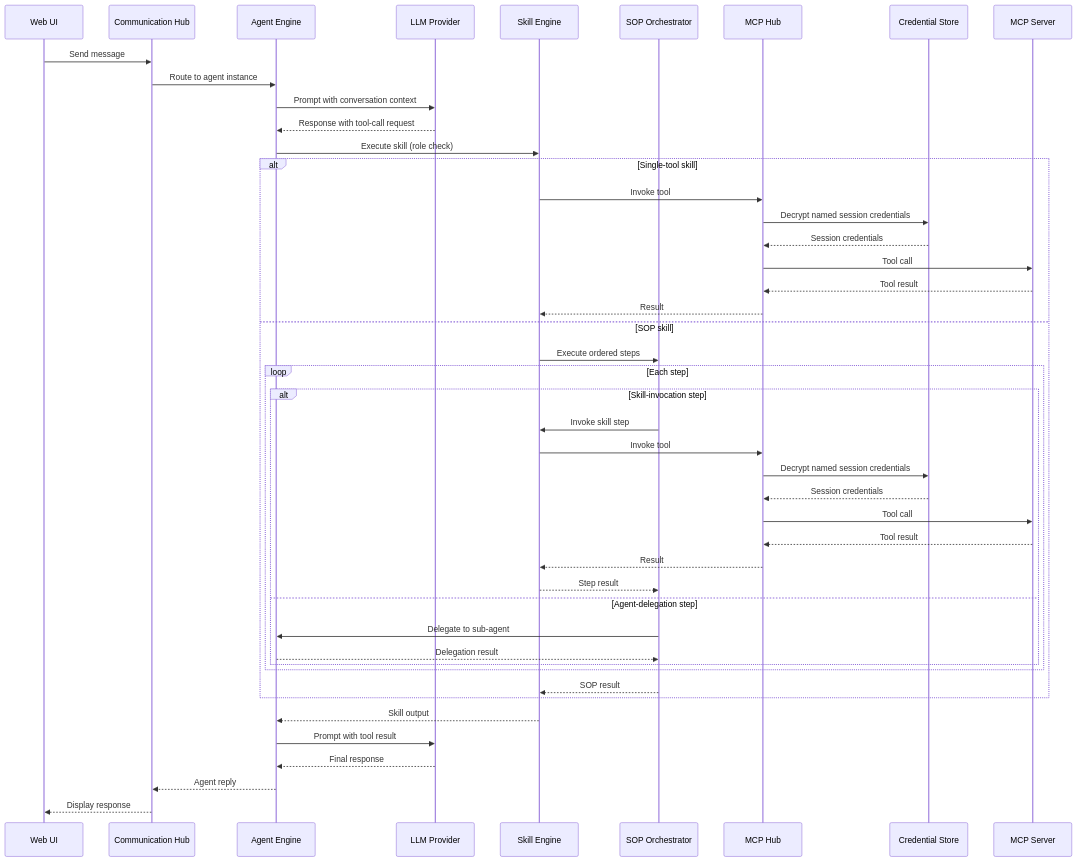
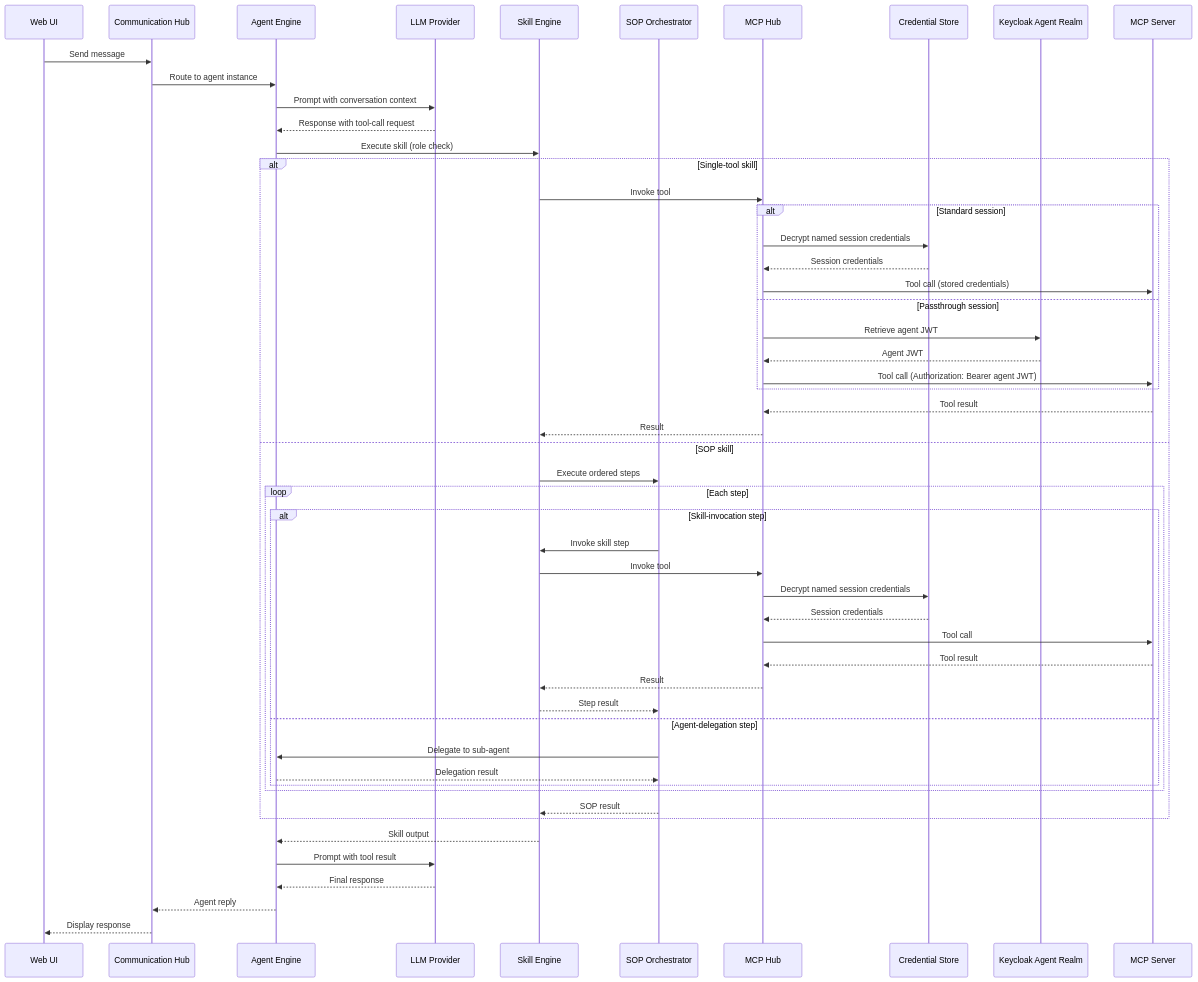
Before and after one commit to hurungang/parthenon: the diagram in docs/master/architecture/modules/tool-execution.md, drawn with Mermaid. The commit also changed other lines of this file and 496 other files, not shown here.

````diff
--- a/docs/master/architecture/modules/tool-execution.md
+++ b/docs/master/architecture/modules/tool-execution.md
@@ -9,49 +9,56 @@
 ```mermaid
 sequenceDiagram
     participant U as Web UI
     participant CH as Communication Hub
     participant AE as Agent Engine
     participant LLM as LLM Provider
     participant SE as Skill Engine
     participant SOPORCH as SOP Orchestrator
     participant MCP as MCP Hub
     participant CS as Credential Store
+    participant IdP as Keycloak Agent Realm
     participant EXT as MCP Server
 
     U->>CH: Send message
     CH->>AE: Route to agent instance
     AE->>LLM: Prompt with conversation context
     LLM-->>AE: Response with tool-call request
     AE->>SE: Execute skill (role check)
     alt Single-tool skill
         SE->>MCP: Invoke tool
-        MCP->>CS: Decrypt named session credentials
-        CS-->>MCP: Session credentials
-        MCP->>EXT: Tool call
+        alt Standard session
+            MCP->>CS: Decrypt named session credentials
+            CS-->>MCP: Session credentials
+            MCP->>EXT: Tool call (stored credentials)
+        else Passthrough session
+            MCP->>IdP: Retrieve agent JWT
+            IdP-->>MCP: Agent JWT
+            MCP->>EXT: Tool call (Authorization: Bearer agent JWT)
+        end
         EXT-->>MCP: Tool result
         MCP-->>SE: Result
     else SOP skill
         SE->>SOPORCH: Execute ordered steps
         loop Each step
             alt Skill-invocation step
                 SOPORCH->>SE: Invoke skill step
                 SE->>MCP: Invoke tool
                 MCP->>CS: Decrypt named session credentials
                 CS-->>MCP: Session credentials
                 MCP->>EXT: Tool call
                 EXT-->>MCP: Tool result
                 MCP-->>SE: Result
                 SE-->>SOPORCH: Step result
             else Agent-delegation step
                 SOPORCH->>AE: Delegate to sub-agent
                 AE-->>SOPORCH: Delegation result
             end
         end
         SOPORCH-->>SE: SOP result
     end
     SE-->>AE: Skill output
     AE->>LLM: Prompt with tool result
     LLM-->>AE: Final response
     AE-->>CH: Agent reply
     CH-->>U: Display response
 ```
````
